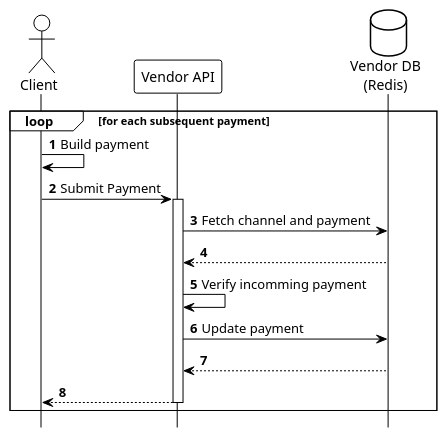
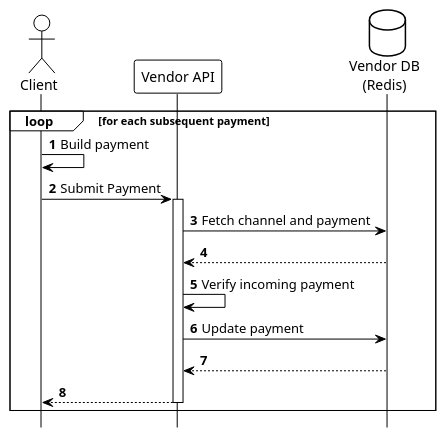
The diagram in umls/phase2b-subsequent-payments.puml (otaviootavio/nanomoni), drawn with PlantUML before and after one commit. The commit also changed 2 other files, not shown here.

Commit message:
Enhance UML diagrams for improved clarity and accuracy

```diff
--- a/umls/phase2b-subsequent-payments.puml
+++ b/umls/phase2b-subsequent-payments.puml
@@ -1,32 +1,32 @@
 @startuml Phase2b_Subsequent_Payments
 
 !theme plain
 autonumber
 
 hide footbox
 
 actor "Client" as Client
 participant "Vendor API" as Vendor
 database "Vendor DB\n(Redis)" as VendorDB
 
 loop for each subsequent payment
 
     Client -> Client: Build payment
 
     Client -> Vendor: Submit Payment
     activate Vendor
 
     Vendor -> VendorDB: Fetch channel and payment
     VendorDB --> Vendor: 
 
-    Vendor -> Vendor: Verify incomming payment
+    Vendor -> Vendor: Verify incoming payment
 
     Vendor -> VendorDB: Update payment
     VendorDB --> Vendor: 
     
     Vendor --> Client:
     deactivate Vendor
 
 end
 
 @enduml
```
